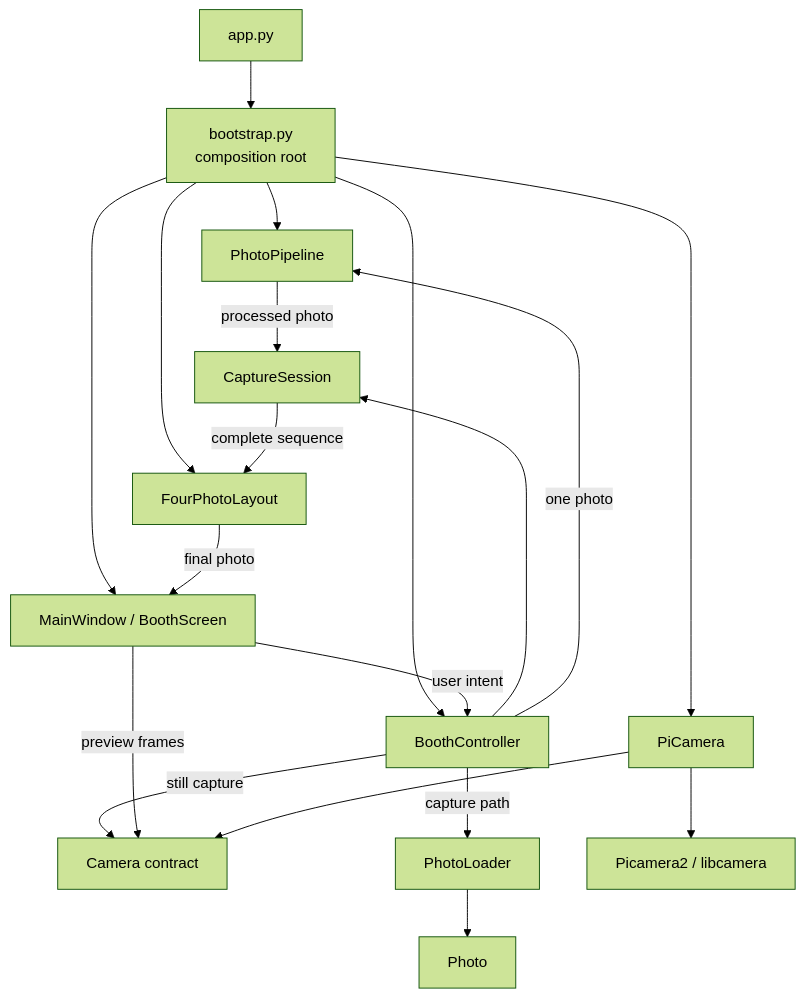
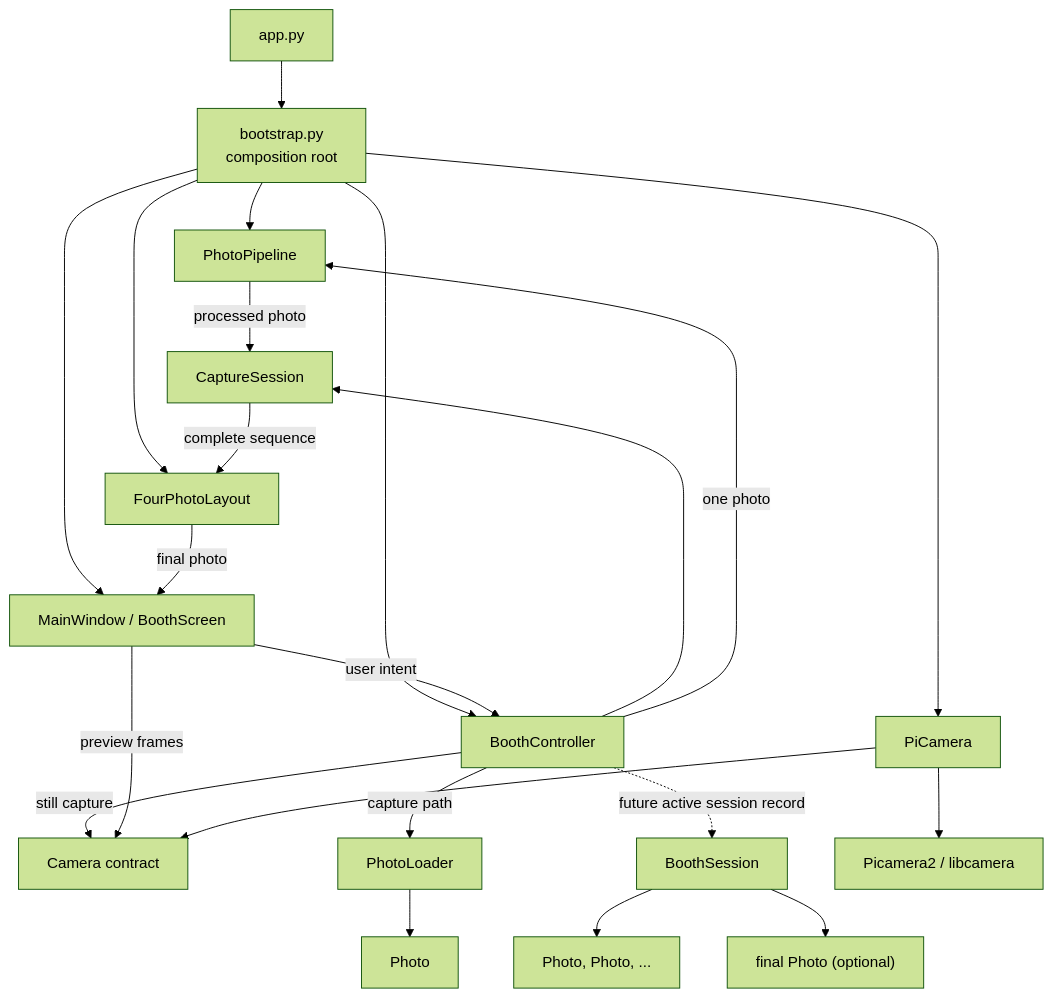
Before and after one commit to djr8nch/piprints: the first of 3 diagrams in docs/architecture/overview.md, drawn with Mermaid (forest theme). The commit also changed other lines of this file and 3 other files, not shown here.

Commit message:
Added booth session model

````diff
--- a/docs/architecture/overview.md
+++ b/docs/architecture/overview.md
@@ -36,23 +44,26 @@
 ```mermaid
 flowchart TD
     Bootstrap["bootstrap.py<br/>composition root"]
     App["app.py"] --> Bootstrap
     Bootstrap --> CameraImpl["PiCamera"]
     Bootstrap --> Pipeline["PhotoPipeline"]
     Bootstrap --> Layout["FourPhotoLayout"]
     Bootstrap --> Booth["BoothController"]
     Bootstrap --> Window["MainWindow / BoothScreen"]
 
     Window -->|user intent| Booth
     Booth -->|still capture| CameraContract["Camera contract"]
     Booth -->|capture path| Loader["PhotoLoader"]
     Loader --> Photo["Photo"]
     Booth --> Session["CaptureSession"]
+    Booth -. future active session record .-> BoothSession["BoothSession"]
     Booth -->|one photo| Pipeline
     Pipeline -->|processed photo| Session
     Session -->|complete sequence| Layout
+    BoothSession --> CapturedPhotos["Photo, Photo, ..."]
+    BoothSession --> FinalPhoto["final Photo (optional)"]
     Layout -->|final photo| Window
     Window -->|preview frames| CameraContract
     CameraImpl --> CameraContract
     CameraImpl --> Driver["Picamera2 / libcamera"]
 ```
````
